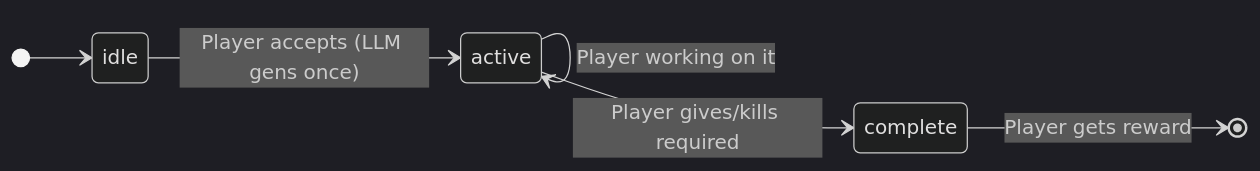
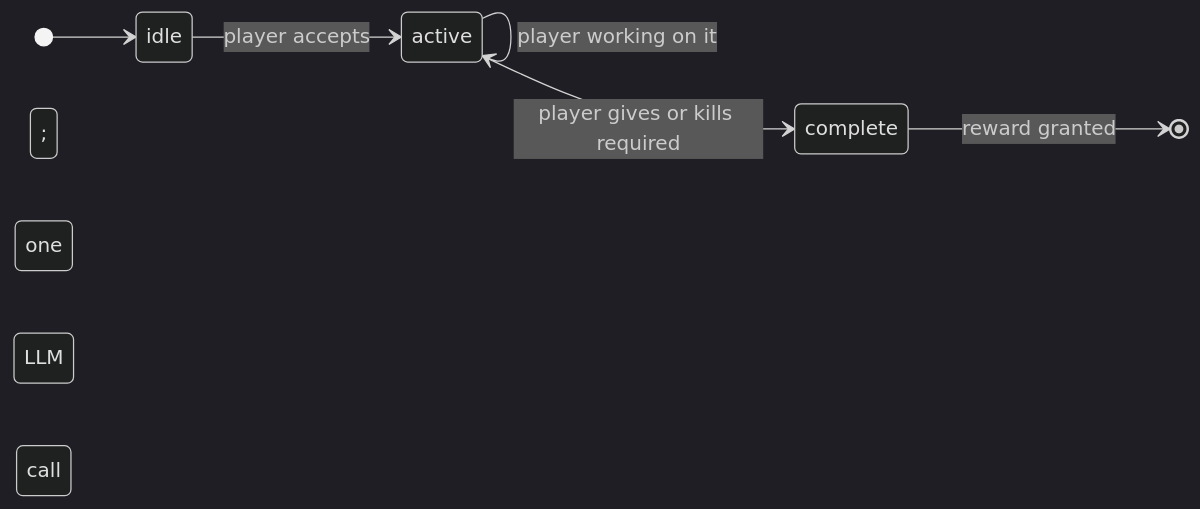
One commit to wachi35676/Agentic-Quest-Generator changed the tenth of 14 diagrams in README.md. Above: the diagram before and after it, drawn with Mermaid (dark theme). The commit also changed other lines of this file, not shown here.

````diff
--- a/README.md
+++ b/README.md
@@ -358,9 +501,9 @@
 ```mermaid
 stateDiagram-v2
     direction LR
     [*] --> idle
-    idle --> active : Player accepts (LLM gens once)
-    active --> active : Player working on it
-    active --> complete : Player gives/kills required
-    complete --> [*] : Player gets reward
+    idle --> active : player accepts; one LLM call
+    active --> active : player working on it
+    active --> complete : player gives or kills required
+    complete --> [*] : reward granted
 ```
````
